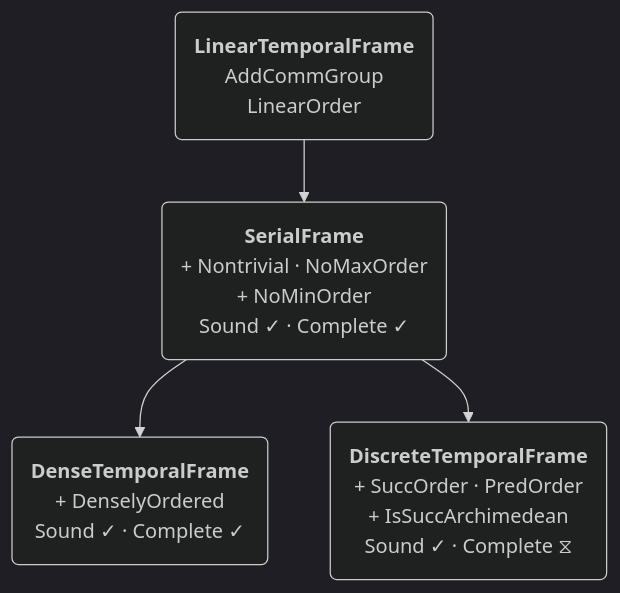
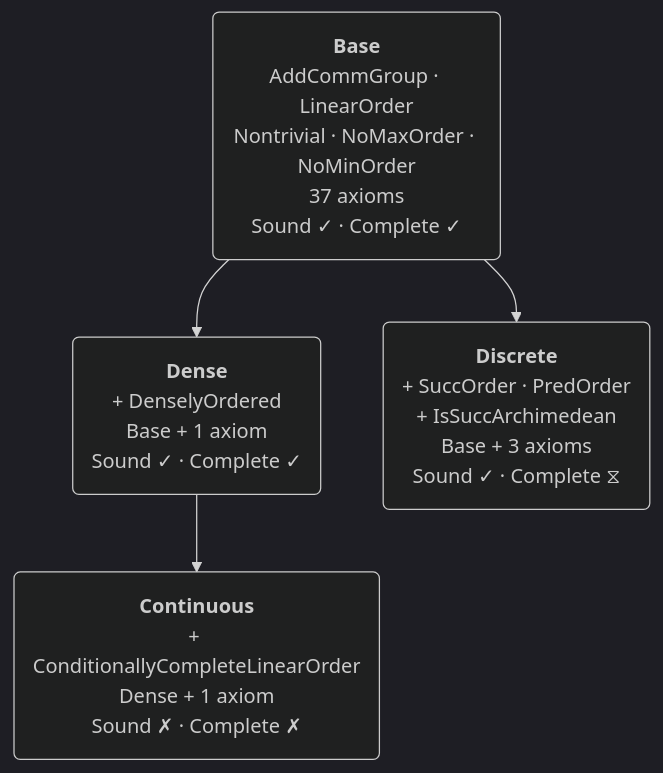
Before and after one commit to benbrastmckie/BimodalLogic: the diagram in README.md, drawn with Mermaid (dark theme). The commit also changed other lines of this file, not shown here.

````diff
--- a/README.md
+++ b/README.md
@@ -129,11 +129,11 @@
 ```mermaid
 graph TD
-    L("<b>LinearTemporalFrame</b><br/>AddCommGroup<br/>LinearOrder")
-    S("<b>SerialFrame</b><br/>+ Nontrivial · NoMaxOrder<br/>+ NoMinOrder<br/>Sound ✓ · Complete ✓")
-    D("<b>DenseTemporalFrame</b><br/>+ DenselyOrdered<br/>Sound ✓ · Complete ✓")
-    Z("<b>DiscreteTemporalFrame</b><br/>+ SuccOrder · PredOrder<br/>+ IsSuccArchimedean<br/>Sound ✓ · Complete ⧖")
+    B("<b>Base</b><br/>AddCommGroup · LinearOrder<br/>Nontrivial · NoMaxOrder · NoMinOrder<br/>37 axioms<br/>Sound ✓ · Complete ✓")
+    D("<b>Dense</b><br/>+ DenselyOrdered<br/>Base + 1 axiom<br/>Sound ✓ · Complete ✓")
+    C("<b>Continuous</b><br/>+ ConditionallyCompleteLinearOrder<br/>Dense + 1 axiom<br/>Sound ✗ · Complete ✗")
+    Z("<b>Discrete</b><br/>+ SuccOrder · PredOrder<br/>+ IsSuccArchimedean<br/>Base + 3 axioms<br/>Sound ✓ · Complete ⧖")
 
-    L --> S
-    S --> D
-    S --> Z
+    B --> D
+    D --> C
+    B --> Z
 ```
````
